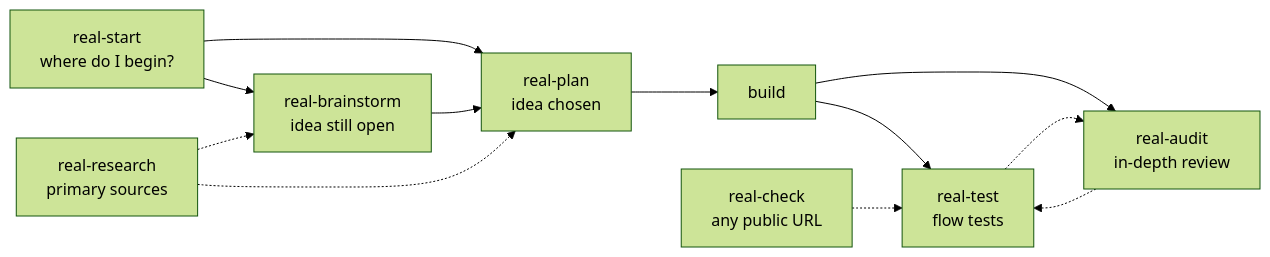
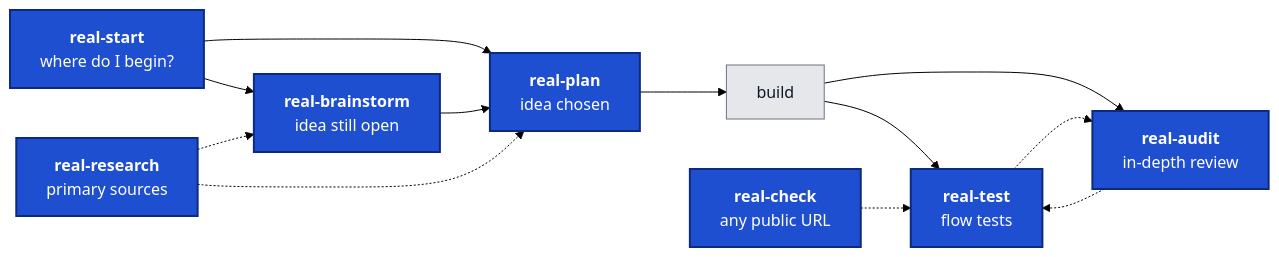
Before and after one commit to giraybatiturk/skills: the diagram in README.md, drawn with Mermaid (forest theme).

Commit message:
docs: high-contrast workflow map

````diff
--- a/README.md
+++ b/README.md
@@ -7,14 +7,18 @@
 ```mermaid
 flowchart LR
-  S["real-start<br/>where do I begin?"] --> B["real-brainstorm<br/>idea still open"]
-  S --> P["real-plan<br/>idea chosen"]
+  S["<b>real-start</b><br/>where do I begin?"] --> B["<b>real-brainstorm</b><br/>idea still open"]
+  S --> P["<b>real-plan</b><br/>idea chosen"]
   B --> P
-  R["real-research<br/>primary sources"] -.-> B
+  R["<b>real-research</b><br/>primary sources"] -.-> B
   R -.-> P
   P --> K["build"]
-  K --> T["real-test<br/>flow tests"]
-  K --> A["real-audit<br/>in-depth review"]
+  K --> T["<b>real-test</b><br/>flow tests"]
+  K --> A["<b>real-audit</b><br/>in-depth review"]
   T -.-> A
   A -.-> T
-  C["real-check<br/>any public URL"] -.-> T
+  C["<b>real-check</b><br/>any public URL"] -.-> T
+  classDef skill fill:#1f4fd1,stroke:#0b2a80,stroke-width:2px,color:#ffffff
+  classDef step fill:#e5e7eb,stroke:#6b7280,color:#111827
+  class S,B,P,R,T,A,C skill
+  class K step
 ```
````
